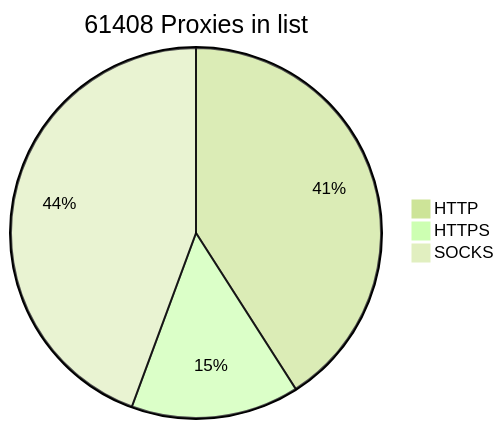
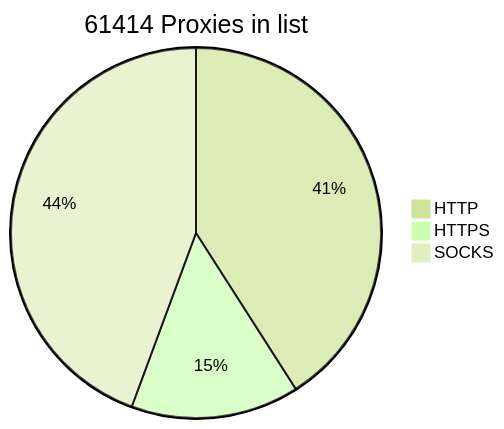
Before and after one commit to BlackSnowDot/proxylist-update-every-minute: the diagram in README.md, drawn with Mermaid (forest theme).

````diff
--- a/README.md
+++ b/README.md
@@ -2,6 +2,6 @@
 ```mermaid
-pie title 61408 Proxies in list
-    "HTTP" : 28516
-    "HTTPS": 10230
+pie title 61414 Proxies in list
+    "HTTP" : 28520
+    "HTTPS": 10233
     "SOCKS" : 30900
 ```
````
